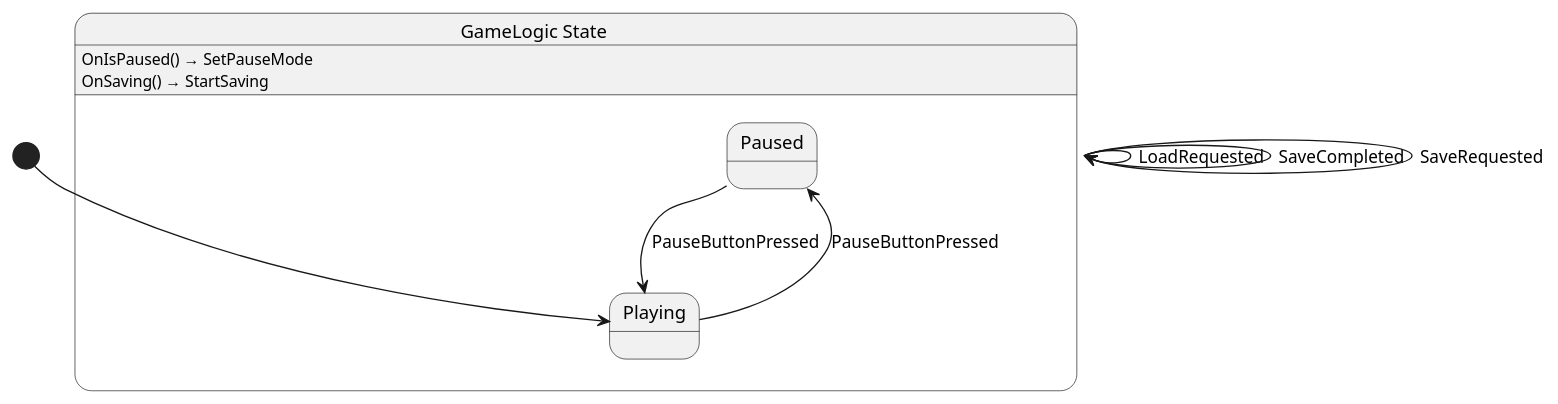
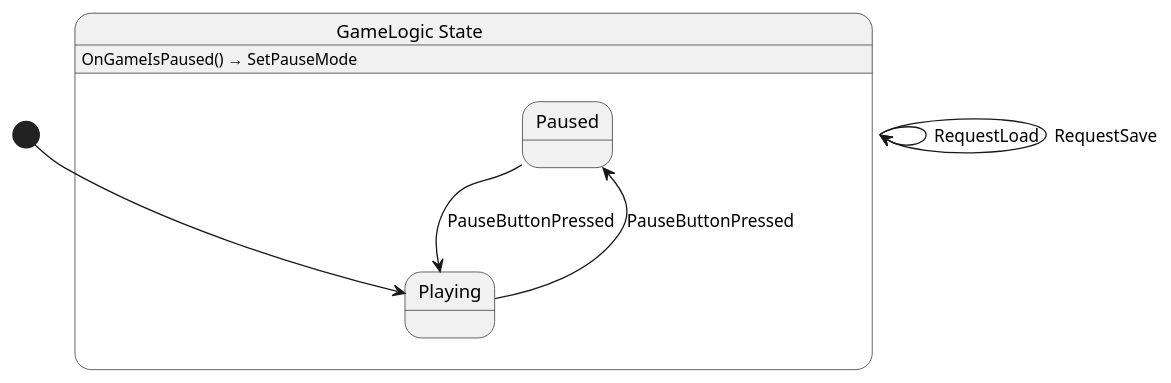
The diagram in src/game/state/GameLogic.g.puml (Nilsiker/Adventure), drawn with PlantUML before and after one commit. The commit also changed 7 other files, not shown here.

```diff
--- a/src/game/state/GameLogic.g.puml
+++ b/src/game/state/GameLogic.g.puml
@@ -1,17 +1,15 @@
 @startuml GameLogic
 state "GameLogic State" as Shellguard_Game_State_GameLogic_State {
   state "Paused" as Shellguard_Game_State_GameLogic_State_Paused
   state "Playing" as Shellguard_Game_State_GameLogic_State_Playing
 }
 
-Shellguard_Game_State_GameLogic_State --> Shellguard_Game_State_GameLogic_State : LoadRequested
-Shellguard_Game_State_GameLogic_State --> Shellguard_Game_State_GameLogic_State : SaveCompleted
-Shellguard_Game_State_GameLogic_State --> Shellguard_Game_State_GameLogic_State : SaveRequested
+Shellguard_Game_State_GameLogic_State --> Shellguard_Game_State_GameLogic_State : RequestLoad
+Shellguard_Game_State_GameLogic_State --> Shellguard_Game_State_GameLogic_State : RequestSave
 Shellguard_Game_State_GameLogic_State_Paused --> Shellguard_Game_State_GameLogic_State_Playing : PauseButtonPressed
 Shellguard_Game_State_GameLogic_State_Playing --> Shellguard_Game_State_GameLogic_State_Paused : PauseButtonPressed
 
-Shellguard_Game_State_GameLogic_State : OnIsPaused() → SetPauseMode
-Shellguard_Game_State_GameLogic_State : OnSaving() → StartSaving
+Shellguard_Game_State_GameLogic_State : OnGameIsPaused() → SetPauseMode
 
 [*] --> Shellguard_Game_State_GameLogic_State_Playing
 @enduml
```
